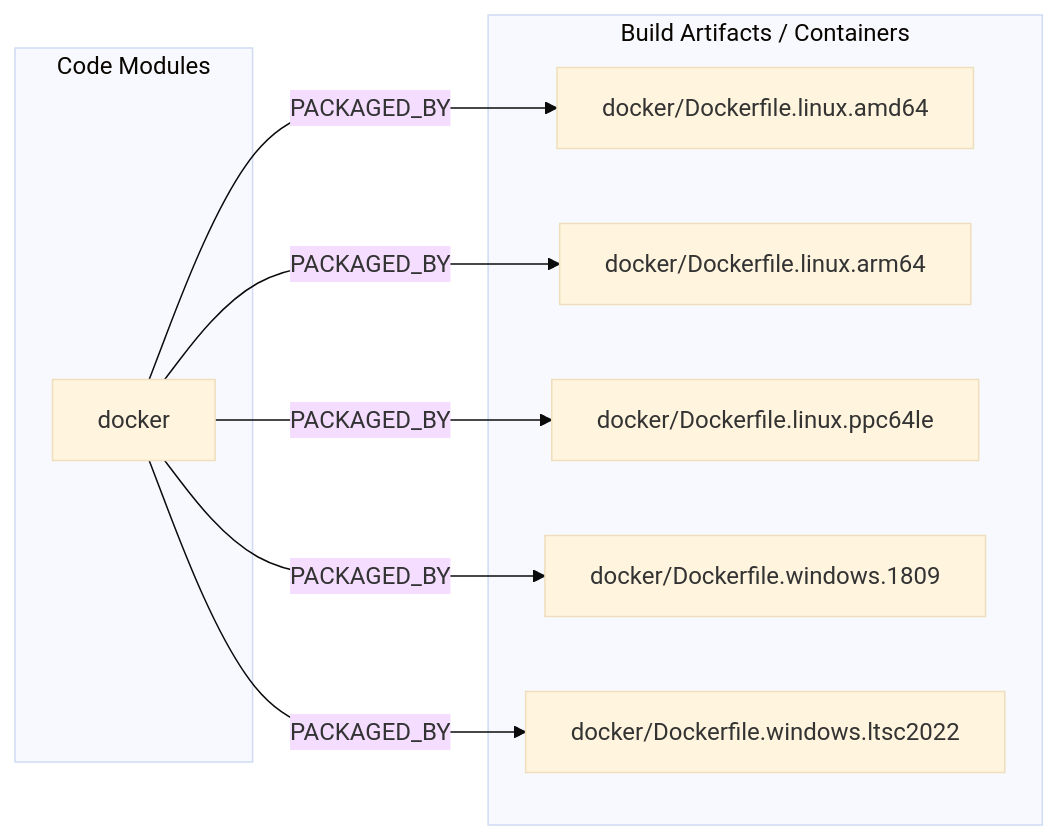
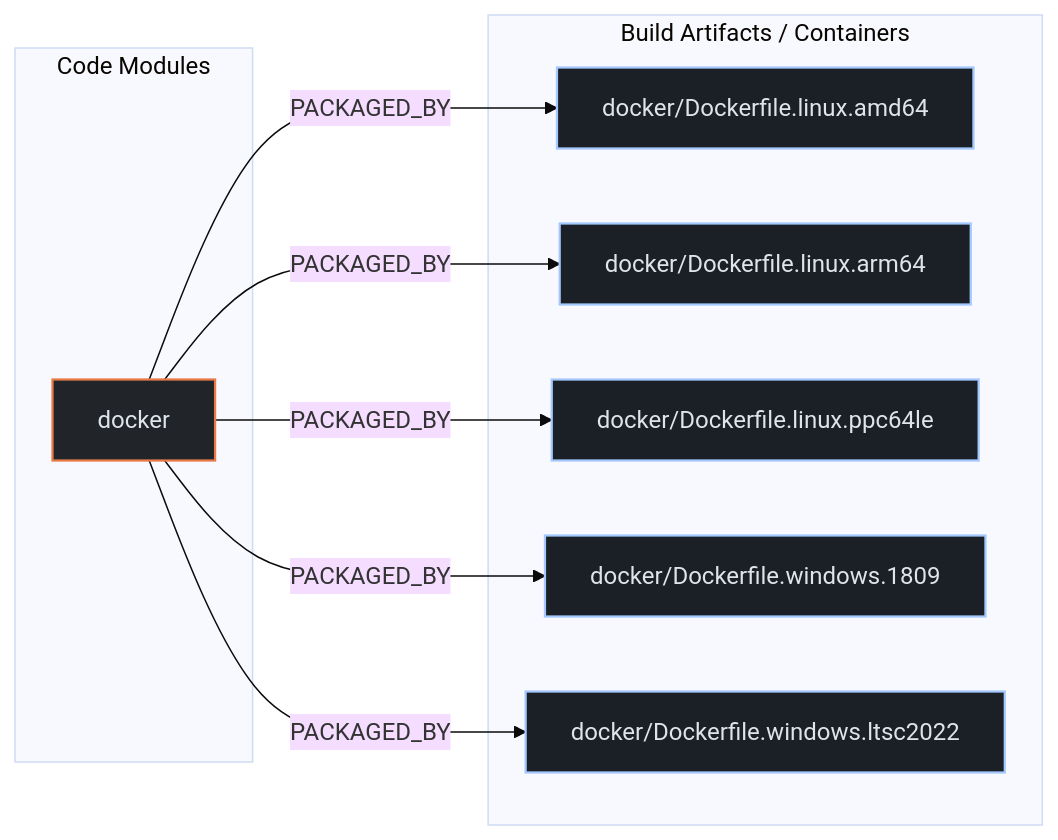
Before and after one commit to kumarshaz/atruss-code-atlas: the second of 3 diagrams in exports/latest/reports/drone-runners-drone-runner-docker-report.md, drawn with Mermaid (base theme). The commit also changed other lines of this file and 331 other files, not shown here.

Commit message:
docs,ui,fix: update SDLC docs, reorder CI/CD DAG first, stylize Mermaid, and fix Arc42 pipeline topology

````diff
--- a/exports/latest/reports/drone-runners-drone-runner-docker-report.md
+++ b/exports/latest/reports/drone-runners-drone-runner-docker-report.md
@@ -179,18 +186,22 @@
 ```mermaid
 flowchart LR
+    classDef atlasCategory fill:#212428,stroke:#E87A48,stroke-width:1.5px,color:#dfe3eb
+    classDef atlasWorkflow fill:#1b2026,stroke:#a3c9ff,stroke-width:1.5px,color:#dfe3eb
+    classDef atlasJob fill:#171c22,stroke:#8d9199,stroke-width:1px,color:#dfe3eb
+    classDef atlasTarget fill:#005227,stroke:#8bd99b,stroke-width:1.5px,color:#a7f6b6
     subgraph code_modules["Code Modules"]
-        mod_docker["docker"]
+        mod_docker["docker"]:::atlasCategory
     end
     subgraph build_artifacts["Build Artifacts / Containers"]
-        art_docker_Dockerfile_linux_amd64["docker/Dockerfile.linux.amd64"]
-        art_docker_Dockerfile_linux_arm64["docker/Dockerfile.linux.arm64"]
-        art_docker_Dockerfile_linux_ppc64le["docker/Dockerfile.linux.ppc64le"]
-        art_docker_Dockerfile_windows_1809["docker/Dockerfile.windows.1809"]
-        art_docker_Dockerfile_windows_ltsc2022["docker/Dockerfile.windows.ltsc2022"]
+        art_docker_Dockerfile_linux_amd64["docker/Dockerfile.linux.amd64"]:::atlasWorkflow
+        art_docker_Dockerfile_linux_arm64["docker/Dockerfile.linux.arm64"]:::atlasWorkflow
+        art_docker_Dockerfile_linux_ppc64le["docker/Dockerfile.linux.ppc64le"]:::atlasWorkflow
+        art_docker_Dockerfile_windows_1809["docker/Dockerfile.windows.1809"]:::atlasWorkflow
+        art_docker_Dockerfile_windows_ltsc2022["docker/Dockerfile.windows.ltsc2022"]:::atlasWorkflow
     end
     mod_docker -->|PACKAGED_BY| art_docker_Dockerfile_linux_amd64
     mod_docker -->|PACKAGED_BY| art_docker_Dockerfile_linux_arm64
     mod_docker -->|PACKAGED_BY| art_docker_Dockerfile_linux_ppc64le
     mod_docker -->|PACKAGED_BY| art_docker_Dockerfile_windows_1809
     mod_docker -->|PACKAGED_BY| art_docker_Dockerfile_windows_ltsc2022
 ```
````
